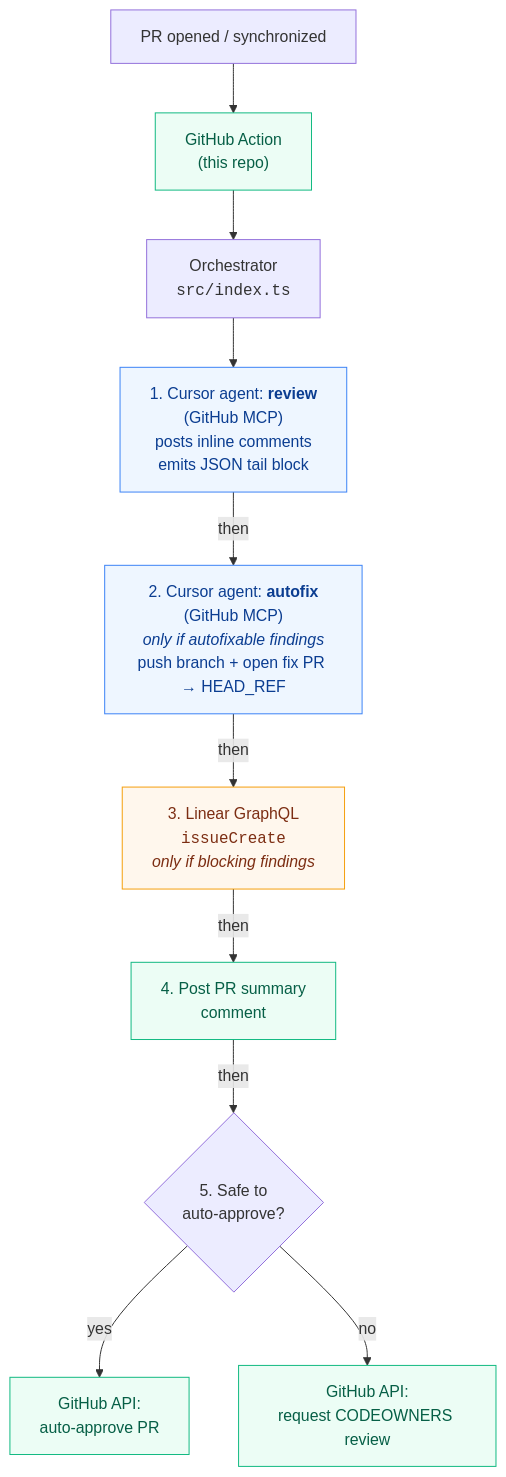
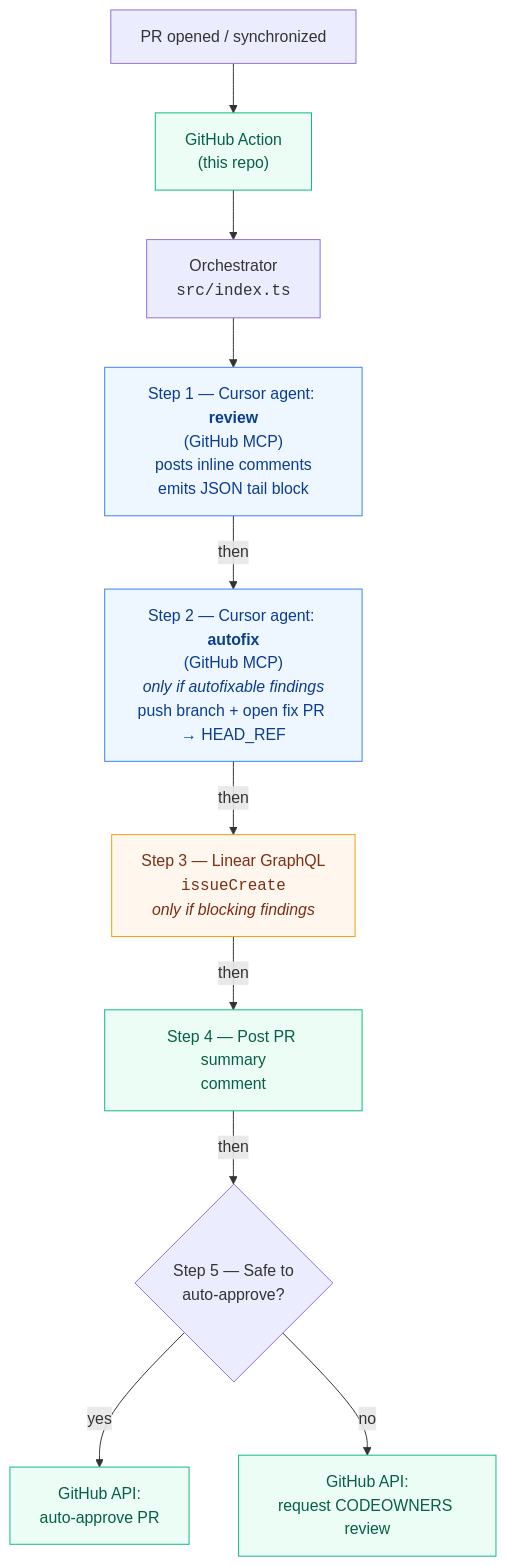
The diagram in README.md (captain-corgi/cursor-sdk-example), drawn with Mermaid before and after one commit.

Commit message:
fix(F1): avoid ordered-list syntax in Mermaid flowchart labels
Made-with: Cursor

````diff
--- a/README.md
+++ b/README.md
@@ -15,21 +15,21 @@
 ```mermaid
 flowchart TD
     PR["PR opened / synchronized"] --> Action["GitHub Action<br/>(this repo)"]
     Action --> Orchestrator["Orchestrator<br/><code>src/index.ts</code>"]
 
-    Orchestrator --> Review["1. Cursor agent: <b>review</b><br/>(GitHub MCP)<br/>posts inline comments<br/>emits JSON tail block"]
-    Review -->|then| Autofix["2. Cursor agent: <b>autofix</b><br/>(GitHub MCP)<br/><i>only if autofixable findings</i><br/>push branch + open fix PR → HEAD_REF"]
-    Autofix -->|then| Linear["3. Linear GraphQL<br/><code>issueCreate</code><br/><i>only if blocking findings</i>"]
-    Linear -->|then| Summary["4. Post PR summary<br/>comment"]
-    Summary -->|then| Decide{"5. Safe to<br/>auto-approve?"}
+    Orchestrator --> Review["Step 1 — Cursor agent: <b>review</b><br/>(GitHub MCP)<br/>posts inline comments<br/>emits JSON tail block"]
+    Review -->|then| Autofix["Step 2 — Cursor agent: <b>autofix</b><br/>(GitHub MCP)<br/><i>only if autofixable findings</i><br/>push branch + open fix PR → HEAD_REF"]
+    Autofix -->|then| Linear["Step 3 — Linear GraphQL<br/><code>issueCreate</code><br/><i>only if blocking findings</i>"]
+    Linear -->|then| Summary["Step 4 — Post PR summary<br/>comment"]
+    Summary -->|then| Decide{"Step 5 — Safe to<br/>auto-approve?"}
 
     Decide -->|yes| Approve["GitHub API:<br/>auto-approve PR"]
     Decide -->|no| Reviewers["GitHub API:<br/>request CODEOWNERS review"]
 
     classDef agent fill:#eef6ff,stroke:#3b82f6,color:#0b3d91;
     classDef ext fill:#fff7ed,stroke:#f59e0b,color:#7c2d12;
     classDef gh fill:#ecfdf5,stroke:#10b981,color:#065f46;
     class Review,Autofix agent;
     class Linear ext;
     class Approve,Reviewers,Action,Summary gh;
 ```
````
